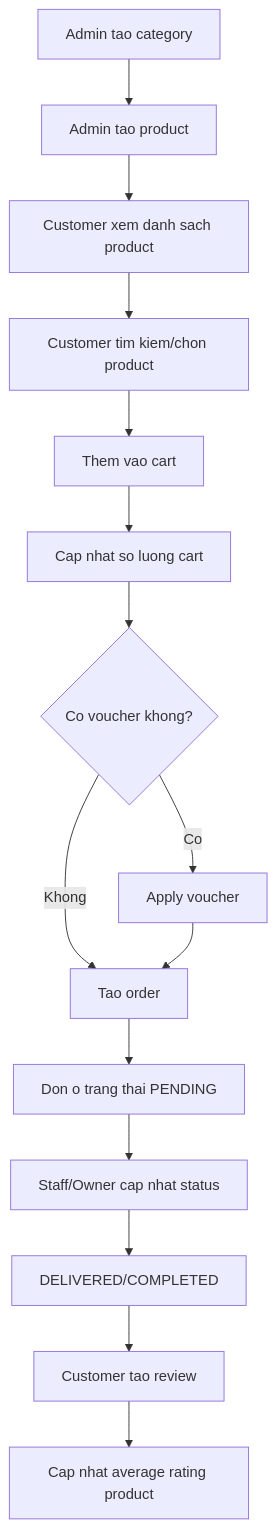
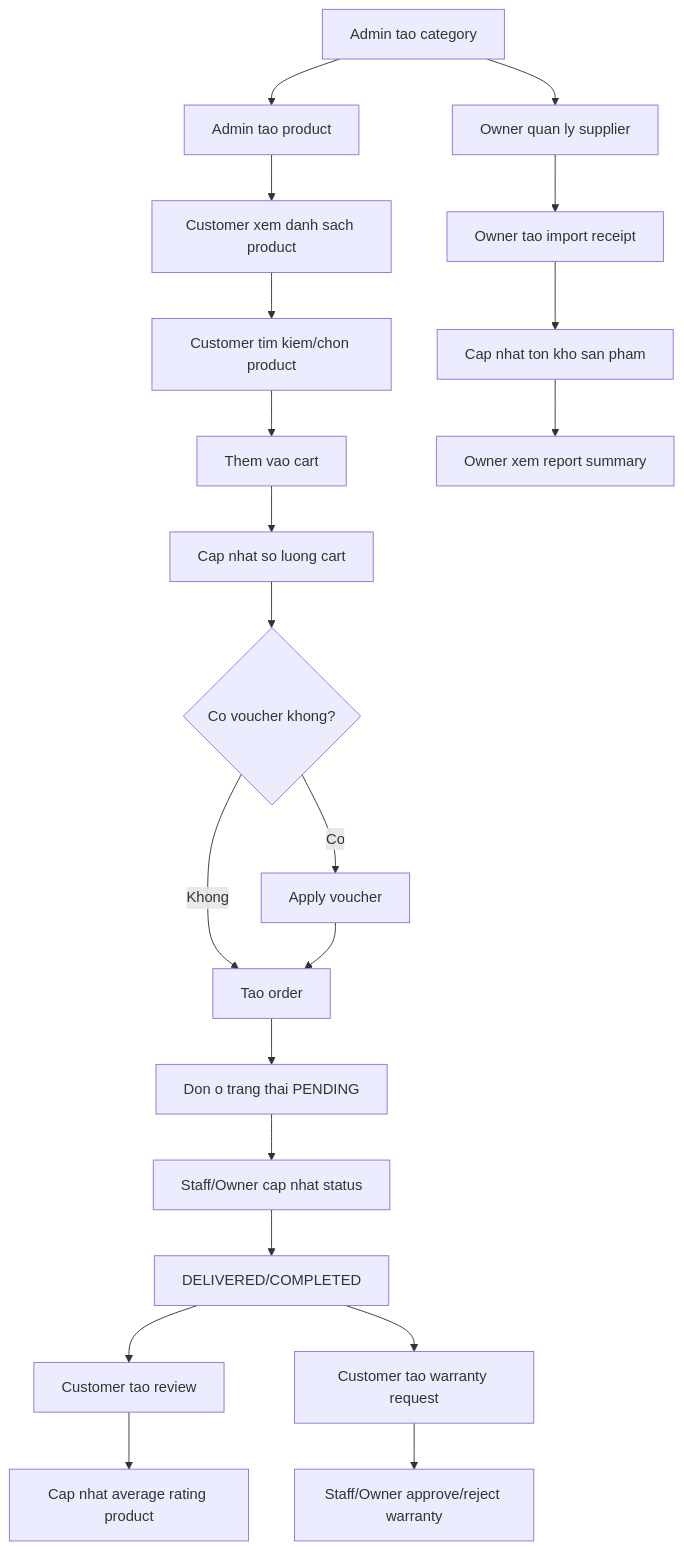
Before and after one commit to TrinhDaiNghia/Project-CNPM: the diagram in demo/API_FLOW.md, drawn with Mermaid. The commit also changed other lines of this file, not shown here.

````diff
--- a/demo/API_FLOW.md
+++ b/demo/API_FLOW.md
@@ -131,17 +178,23 @@
 ```mermaid
 flowchart TD
     A[Admin tao category] --> B[Admin tao product]
     B --> C[Customer xem danh sach product]
     C --> D[Customer tim kiem/chon product]
     D --> E[Them vao cart]
     E --> F[Cap nhat so luong cart]
     F --> G{Co voucher khong?}
     G -- Co --> H[Apply voucher]
     G -- Khong --> I[Tao order]
     H --> I[Tao order]
     I --> J[Don o trang thai PENDING]
     J --> K[Staff/Owner cap nhat status]
     K --> L[DELIVERED/COMPLETED]
     L --> M[Customer tao review]
+    L --> O[Customer tao warranty request]
+    O --> P[Staff/Owner approve/reject warranty]
     M --> N[Cap nhat average rating product]
+    A --> Q[Owner quan ly supplier]
+    Q --> R[Owner tao import receipt]
+    R --> S[Cap nhat ton kho san pham]
+    S --> T[Owner xem report summary]
 ```
````
